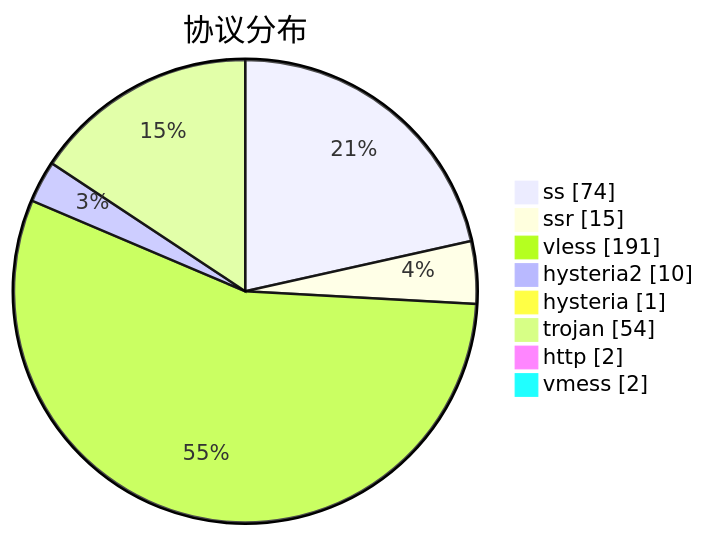
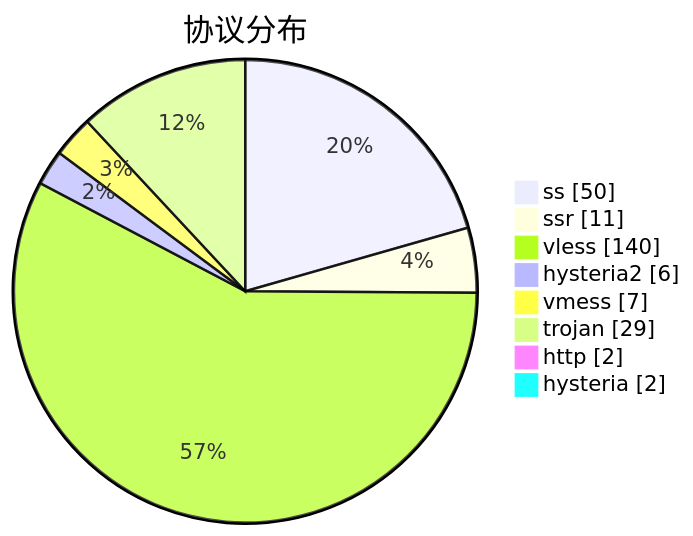
The third of 3 diagrams in subs/statistics/tested_within.md (sinspired/airport), drawn with Mermaid before and after one commit. The commit also changed other lines of this file and 2 other files, not shown here.

````diff
--- a/subs/statistics/tested_within.md
+++ b/subs/statistics/tested_within.md
@@ -58,12 +55,12 @@
 ```mermaid
 pie showData
 title 协议分布
-"ss" : 74
-"ssr" : 15
-"vless" : 191
-"hysteria2" : 10
-"hysteria" : 1
-"trojan" : 54
+"ss" : 50
+"ssr" : 11
+"vless" : 140
+"hysteria2" : 6
+"vmess" : 7
+"trojan" : 29
 "http" : 2
-"vmess" : 2
+"hysteria" : 2
 ```
````
